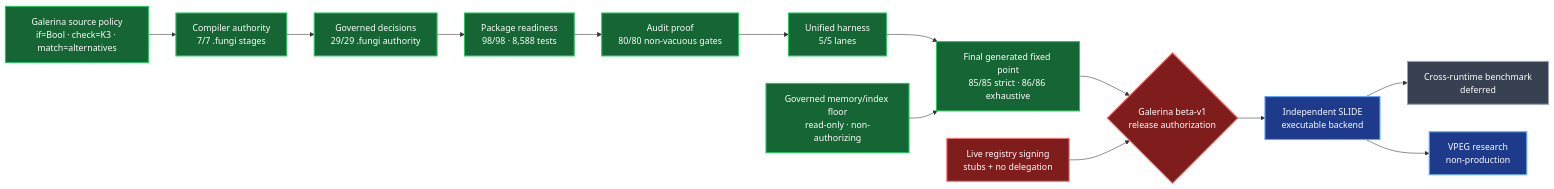
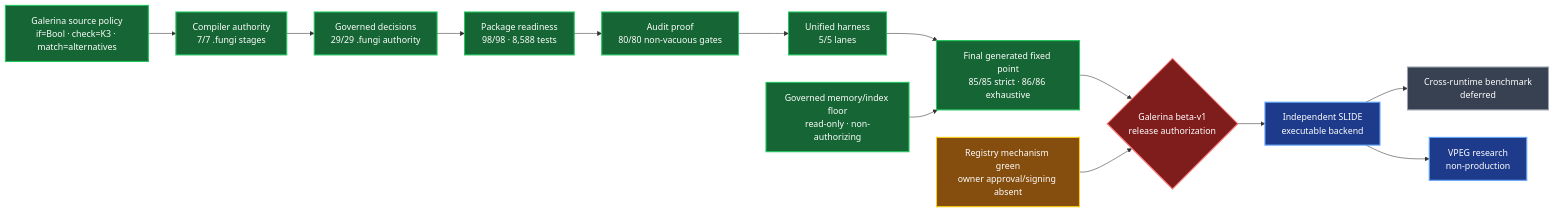
One commit to TritHypha/Deveolpment-runtime-fungi-gate changed the diagram in docs/reports/zero-trust-tooling-refactor-completion-2026-07-29.md. Above: the diagram before and after it, drawn with Mermaid. The commit also changed other lines of this file and 6 other files, not shown here.

Commit message:
docs: update registry roadmap and signing gates

````diff
--- a/docs/reports/zero-trust-tooling-refactor-completion-2026-07-29.md
+++ b/docs/reports/zero-trust-tooling-refactor-completion-2026-07-29.md
@@ -34,28 +34,28 @@
 ```mermaid
 flowchart LR
     S["Galerina source policy<br/>if=Bool · check=K3 · match=alternatives"]:::green
     C["Compiler authority<br/>7/7 .fungi stages"]:::green
     K["Governed decisions<br/>29/29 .fungi authority"]:::green
     P["Package readiness<br/>98/98 · 8,588 tests"]:::green
     A["Audit proof<br/>80/80 non-vacuous gates"]:::green
     U["Unified harness<br/>5/5 lanes"]:::green
     X["Final generated fixed point<br/>85/85 strict · 86/86 exhaustive"]:::green
     M["Governed memory/index floor<br/>read-only · non-authorizing"]:::green
-    R["Live registry signing<br/>stubs + no delegation"]:::red
+    R["Registry mechanism green<br/>owner approval/signing absent"]:::amber
     B{"Galerina beta-v1<br/>release authorization"}:::red
     L["Independent SLIDE<br/>executable backend"]:::blue
     V["VPEG research<br/>non-production"]:::blue
     Q["Cross-runtime benchmark<br/>deferred"]:::grey
 
     S --> C --> K --> P --> A --> U --> X --> B
     M --> X
     R --> B
     B --> L --> Q
     L --> V
 
     classDef green fill:#166534,color:#fff,stroke:#22c55e,stroke-width:2px;
     classDef amber fill:#854d0e,color:#fff,stroke:#facc15,stroke-width:2px;
     classDef red fill:#7f1d1d,color:#fff,stroke:#f87171,stroke-width:2px;
     classDef blue fill:#1e3a8a,color:#fff,stroke:#60a5fa,stroke-width:2px;
     classDef grey fill:#374151,color:#fff,stroke:#9ca3af,stroke-width:2px;
 ```
````
